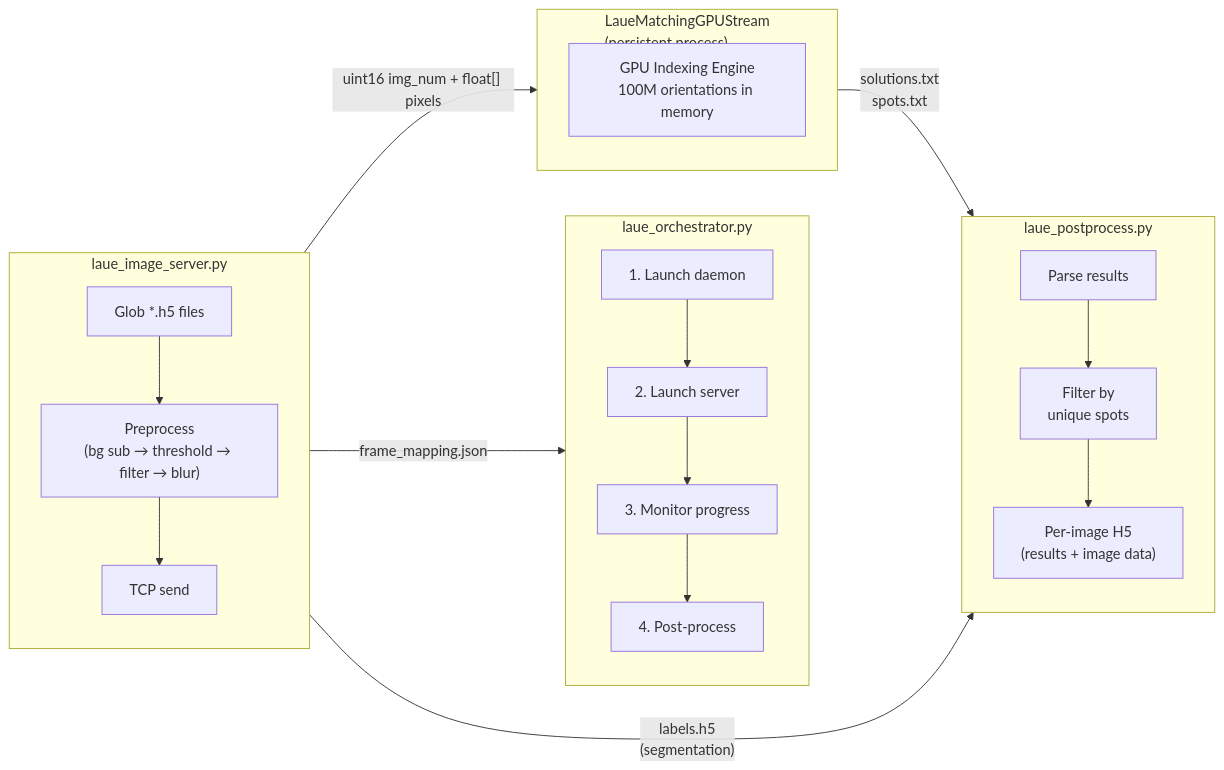
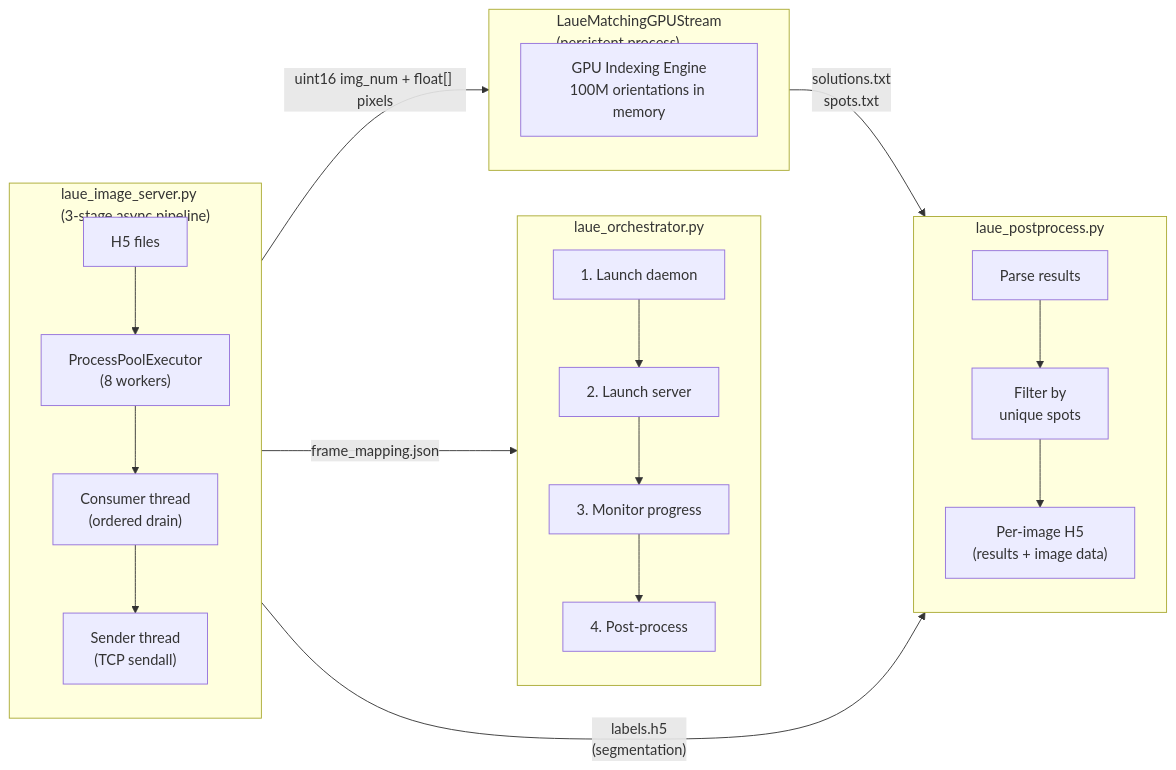
One commit to AdvancedPhotonSource/LaueMatching changed the second of 3 diagrams in README.md. Above: the diagram before and after it, drawn with Mermaid. The commit also changed other lines of this file and 1 other file, not shown here.

````diff
--- a/README.md
+++ b/README.md
@@ -71,30 +71,32 @@
 ```mermaid
 flowchart LR
     subgraph Orchestrator ["laue_orchestrator.py"]
         direction TB
         S1["1. Launch daemon"]
         S2["2. Launch server"]
         S3["3. Monitor progress"]
         S4["4. Post-process"]
         S1 --> S2 --> S3 --> S4
     end
 
     subgraph Daemon ["LaueMatchingGPUStream<br/>(persistent process)"]
         GPU["GPU Indexing Engine<br/>100M orientations in memory"]
     end
 
-    subgraph Server ["laue_image_server.py"]
+    subgraph Server ["laue_image_server.py<br/>(3-stage async pipeline)"]
         direction TB
-        H5["Glob *.h5 files"] --> Pre["Preprocess<br/>(bg sub → threshold → filter → blur)"] --> Send["TCP send"]
+        H5["H5 files"] --> Pool["ProcessPoolExecutor<br/>(8 workers)"]
+        Pool --> Consumer["Consumer thread<br/>(ordered drain)"]
+        Consumer --> Send["Sender thread<br/>(TCP sendall)"]
     end
 
     subgraph PostProc ["laue_postprocess.py"]
         direction TB
         Parse["Parse results"] --> Filter["Filter by<br/>unique spots"] --> Out["Per-image H5<br/>(results + image data)"]
     end
 
     Server -- "uint16 img_num + float[] pixels" --> Daemon
     Daemon -- "solutions.txt<br/>spots.txt" --> PostProc
     Server -- "frame_mapping.json" --> Orchestrator
     Server -- "labels.h5<br/>(segmentation)" --> PostProc
 ```
````
